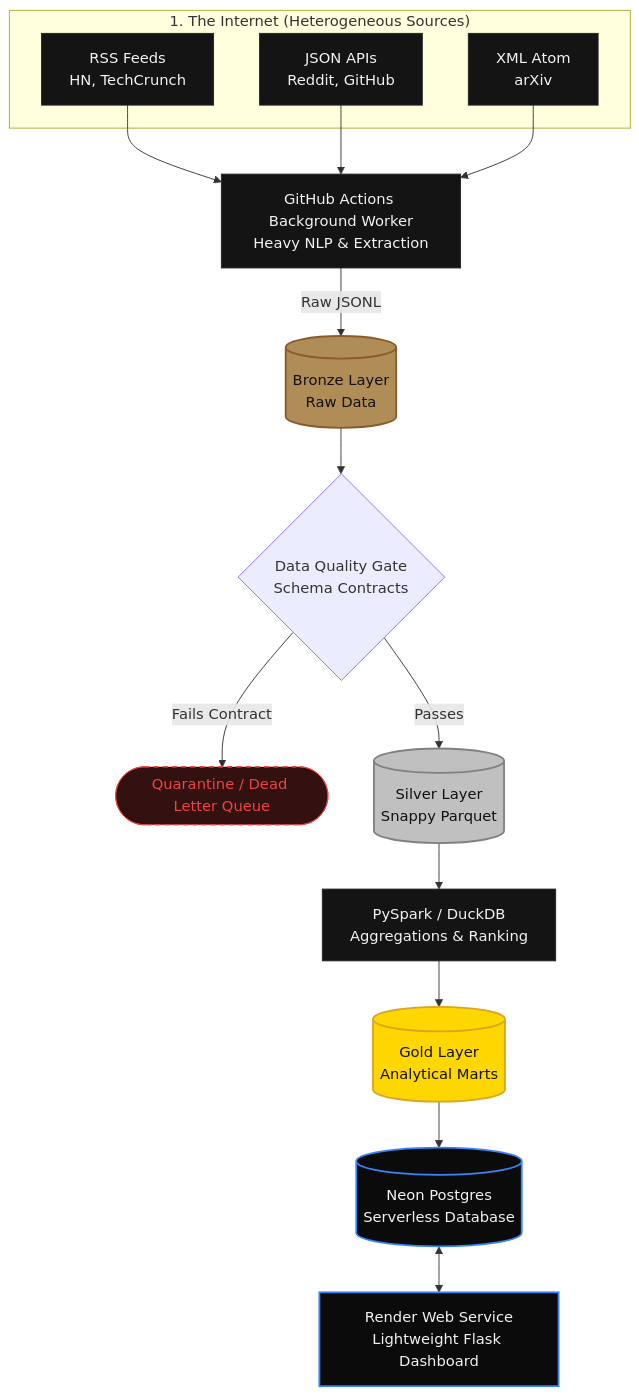
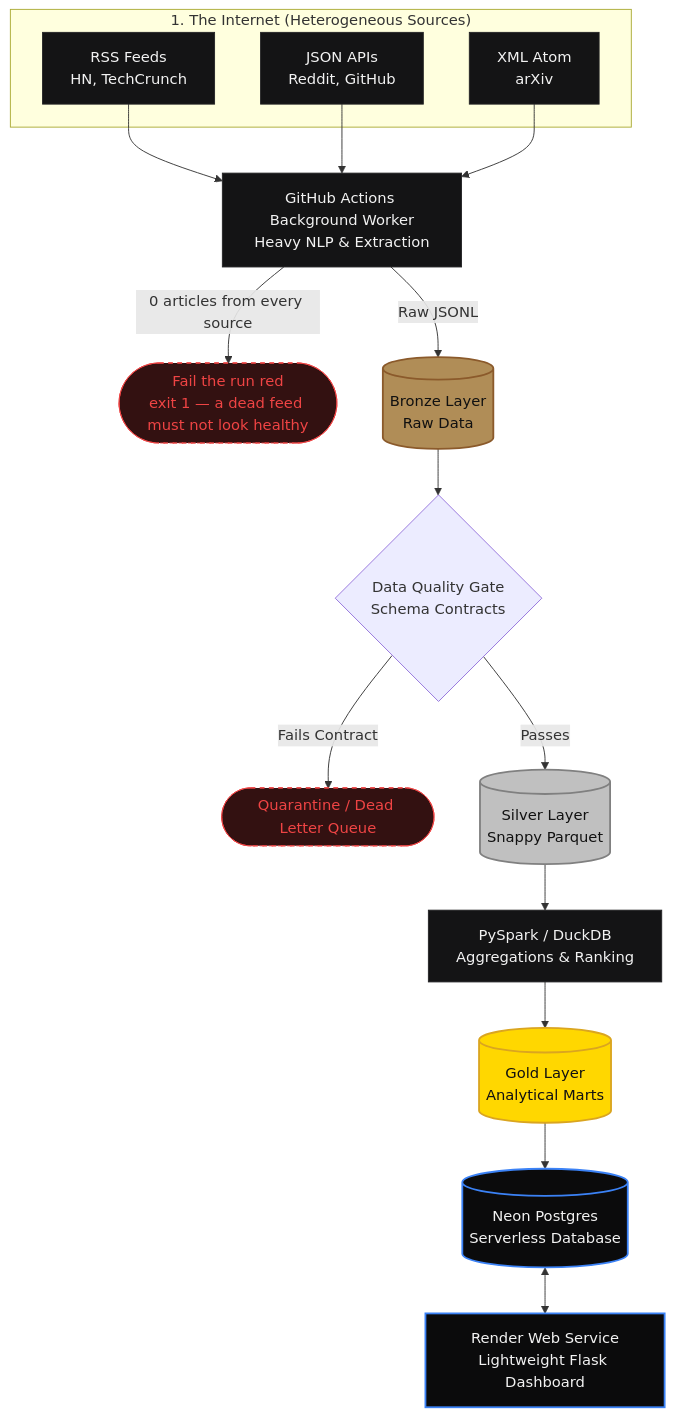
One commit to DhanushPillay/Web-scraper changed the diagram in README.md. Above: the diagram before and after it, drawn with Mermaid. The commit also changed other lines of this file, not shown here.

Commit message:
docs: worker guarantees, fail edge in flowchart, badge 15, fix tree

````diff
--- a/README.md
+++ b/README.md
@@ -26,42 +26,43 @@
 ```mermaid
 flowchart TD
     %% Styling
     classDef source fill:#141415,stroke:#242426,stroke-width:1px,color:#F2F2F2
     classDef bronze fill:#b08d57,stroke:#8B5A2B,stroke-width:2px,color:#111
     classDef silver fill:#C0C0C0,stroke:#808080,stroke-width:2px,color:#111
     classDef gold fill:#FFD700,stroke:#DAA520,stroke-width:2px,color:#111
     classDef serve fill:#0B0B0C,stroke:#3B82F6,stroke-width:2px,color:#F2F2F2
     classDef error fill:#331111,stroke:#EF4444,stroke-width:1px,color:#EF4444,stroke-dasharray: 5 5
 
     %% Sources
     subgraph Sources ["1. The Internet (Heterogeneous Sources)"]
         RSS[RSS Feeds<br/>HN, TechCrunch]:::source
         REST[JSON APIs<br/>Reddit, GitHub]:::source
         XML[XML Atom<br/>arXiv]:::source
     end
 
     %% Ingestion (GitHub Actions)
     Ingest[GitHub Actions Background Worker<br/>Heavy NLP & Extraction]:::source
     
     RSS & REST & XML --> Ingest
+    Ingest -->|0 articles from every source| FailRun([Fail the run red<br/>exit 1 — a dead feed must not look healthy]):::error
     
     %% Bronze
     Ingest -->|Raw JSONL| Bronze[(Bronze Layer<br/>Raw Data)]:::bronze
     
     %% Validation
     Validate{Data Quality Gate<br/>Schema Contracts}
     Bronze --> Validate
     Validate -->|Fails Contract| Quarantine([Quarantine / Dead Letter Queue]):::error
     
     %% Silver
     Validate -->|Passes| Silver[(Silver Layer<br/>Snappy Parquet)]:::silver
     
     %% Gold
     Spark[PySpark / DuckDB<br/>Aggregations & Ranking]:::source
     Silver --> Spark
     Spark --> Gold[(Gold Layer<br/>Analytical Marts)]:::gold
     
     %% Serving
     Gold --> DB[(Neon Postgres<br/>Serverless Database)]:::serve
     DB <--> App[Render Web Service<br/>Lightweight Flask Dashboard]:::serve
 ```
````
